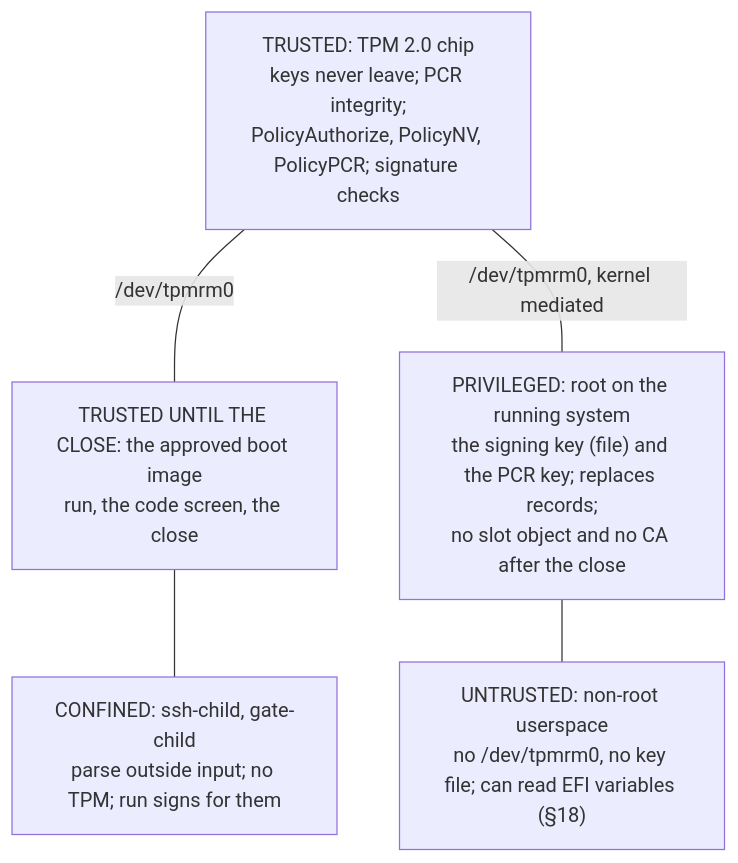
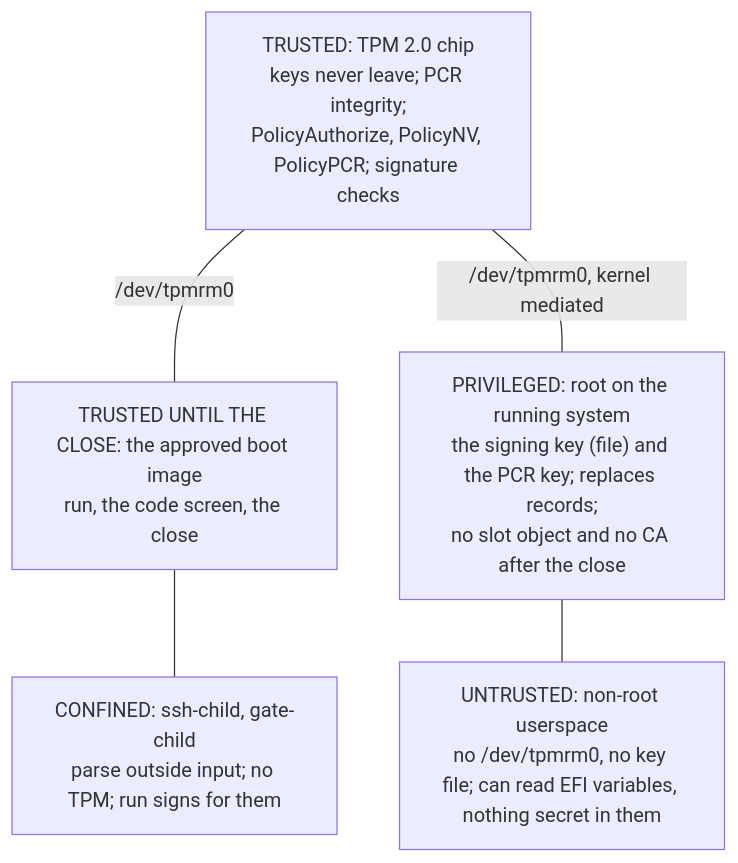
One commit to mrwiora/tpm2-kira changed the fifth of 6 diagrams in docs/SECURITY-BACKGROUND.md. Above: the diagram before and after it, drawn with Mermaid. The commit also changed other lines of this file and 20 other files, not shown here.

````diff
--- a/docs/SECURITY-BACKGROUND.md
+++ b/docs/SECURITY-BACKGROUND.md
@@ -1087,12 +1097,12 @@
 ```mermaid
 flowchart TB
   T["TRUSTED: TPM 2.0 chip<br/>keys never leave; PCR integrity;<br/>PolicyAuthorize, PolicyNV, PolicyPCR; signature checks"]
   I["TRUSTED UNTIL THE CLOSE: the approved boot image<br/>run, the code screen, the close"]
   R["PRIVILEGED: root on the running system<br/>the signing key (file) and the PCR key; replaces records;<br/>no slot object and no CA after the close"]
-  U["UNTRUSTED: non-root userspace<br/>no /dev/tpmrm0, no key file; can read EFI variables (§18)"]
+  U["UNTRUSTED: non-root userspace<br/>no /dev/tpmrm0, no key file; can read EFI variables, nothing secret in them"]
   C["CONFINED: ssh-child, gate-child<br/>parse outside input; no TPM; run signs for them"]
   T ---|"/dev/tpmrm0"| I
   T ---|"/dev/tpmrm0, kernel mediated"| R
   I --- C
   R --- U
 ```
````
